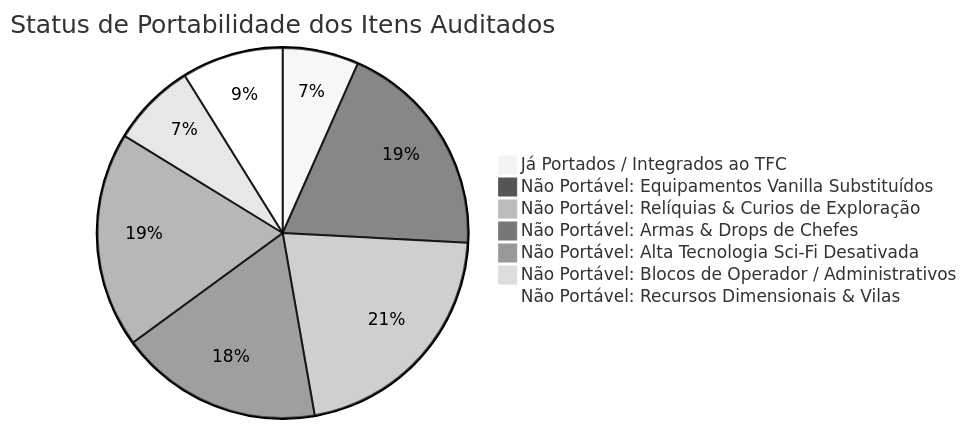
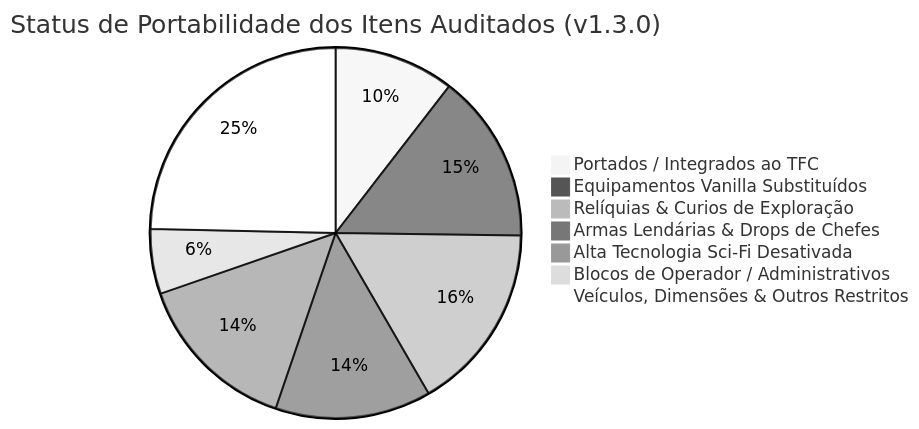
Before and after one commit to Vinagre-Lipe/TFC-Arcanum-Empires-WIKI-Guides: the diagram in crafts/portabilidade-viabilidade.md, drawn with Mermaid (neutral theme). The commit also changed other lines of this file and 8 other files, not shown here.

````diff
--- a/crafts/portabilidade-viabilidade.md
+++ b/crafts/portabilidade-viabilidade.md
@@ -23,10 +23,10 @@
 ```mermaid
-pie title Status de Portabilidade dos Itens Auditados
-    "Já Portados / Integrados ao TFC" : 18
-    "Não Portável: Equipamentos Vanilla Substituídos" : 52
-    "Não Portável: Relíquias & Curios de Exploração" : 58
-    "Não Portável: Armas & Drops de Chefes" : 48
-    "Não Portável: Alta Tecnologia Sci-Fi Desativada" : 51
-    "Não Portável: Blocos de Operador / Administrativos" : 20
-    "Não Portável: Recursos Dimensionais & Vilas" : 24
+pie title Status de Portabilidade dos Itens Auditados (v1.3.0)
+    "Portados / Integrados ao TFC" : 37
+    "Equipamentos Vanilla Substituídos" : 52
+    "Relíquias & Curios de Exploração" : 58
+    "Armas Lendárias & Drops de Chefes" : 48
+    "Alta Tecnologia Sci-Fi Desativada" : 51
+    "Blocos de Operador / Administrativos" : 20
+    "Veículos, Dimensões & Outros Restritos" : 87
 ```
````
